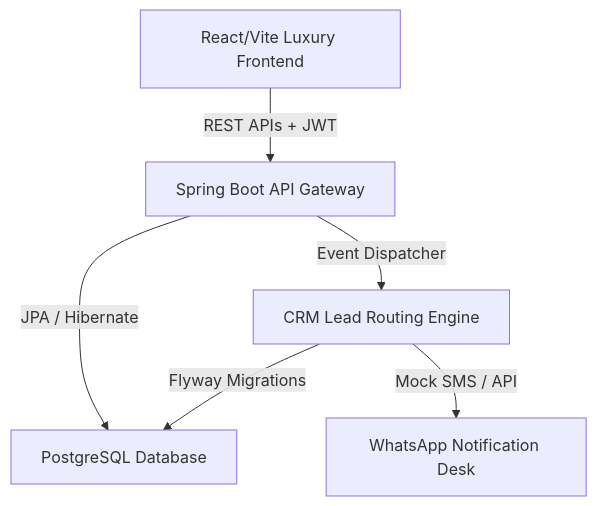
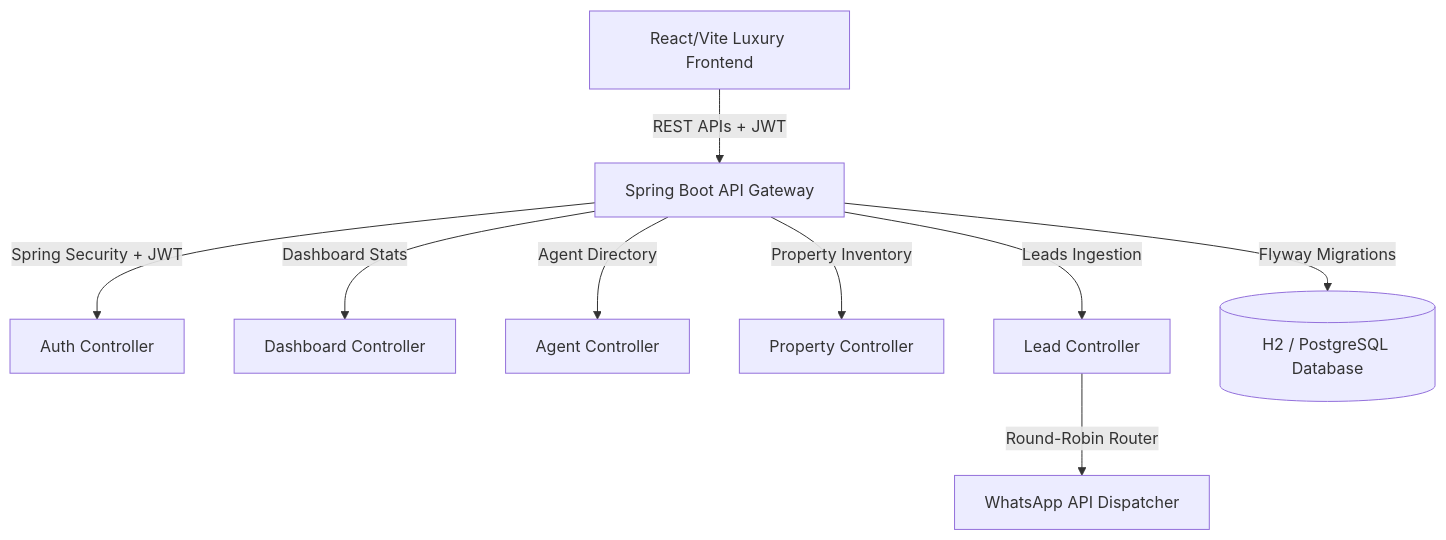
The diagram in README.md (24krealtorshinjewadi-blip/24K-Realtors-Website), drawn with Mermaid before and after one commit. The commit also changed other lines of this file and 2 other files, not shown here.

````diff
--- a/README.md
+++ b/README.md
@@ -44,8 +36,11 @@
 ```mermaid
 graph TD
     A[React/Vite Luxury Frontend] -->|REST APIs + JWT| B[Spring Boot API Gateway]
-    B -->|JPA / Hibernate| C[PostgreSQL Database]
-    B -->|Event Dispatcher| D[CRM Lead Routing Engine]
-    D -->|Mock SMS / API| E[WhatsApp Notification Desk]
-    D -->|Flyway Migrations| C
+    B -->|Spring Security + JWT| F[Auth Controller]
+    B -->|Dashboard Stats| G[Dashboard Controller]
+    B -->|Agent Directory| H[Agent Controller]
+    B -->|Property Inventory| I[Property Controller]
+    B -->|Leads Ingestion| J[Lead Controller]
+    J -->|Round-Robin Router| K[WhatsApp API Dispatcher]
+    B -->|Flyway Migrations| C[(H2 / PostgreSQL Database)]
 ```
````
